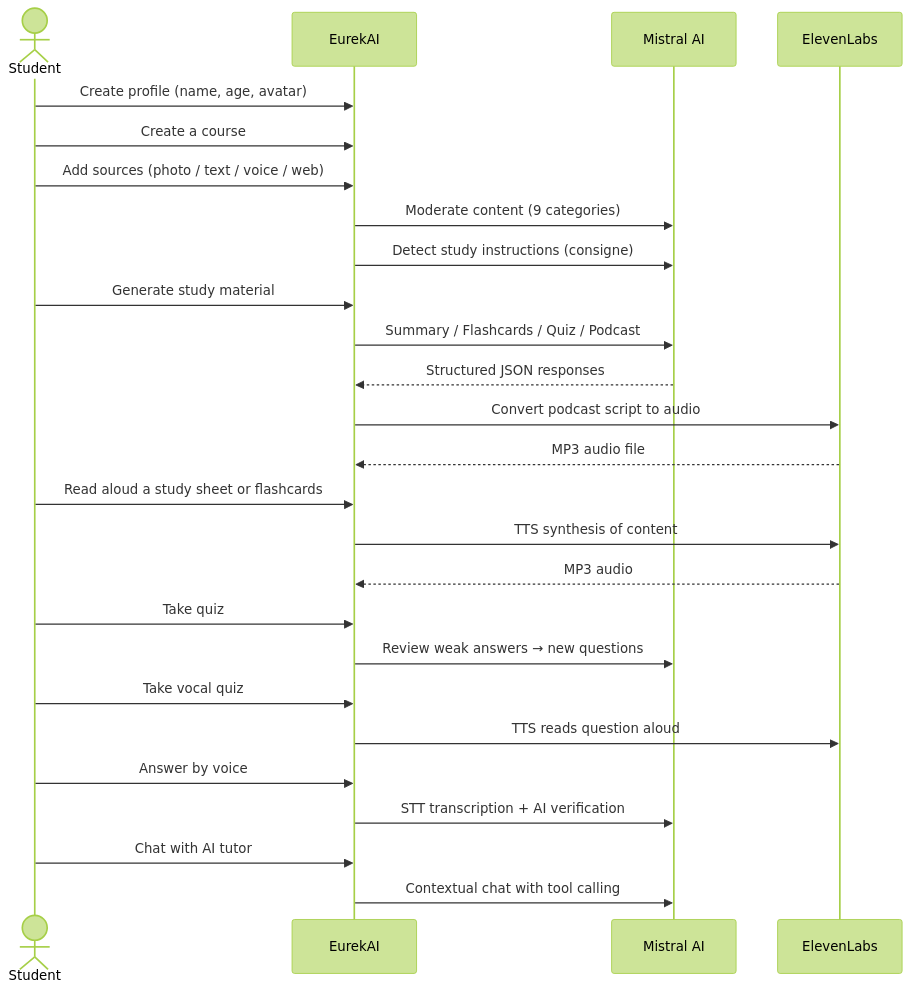
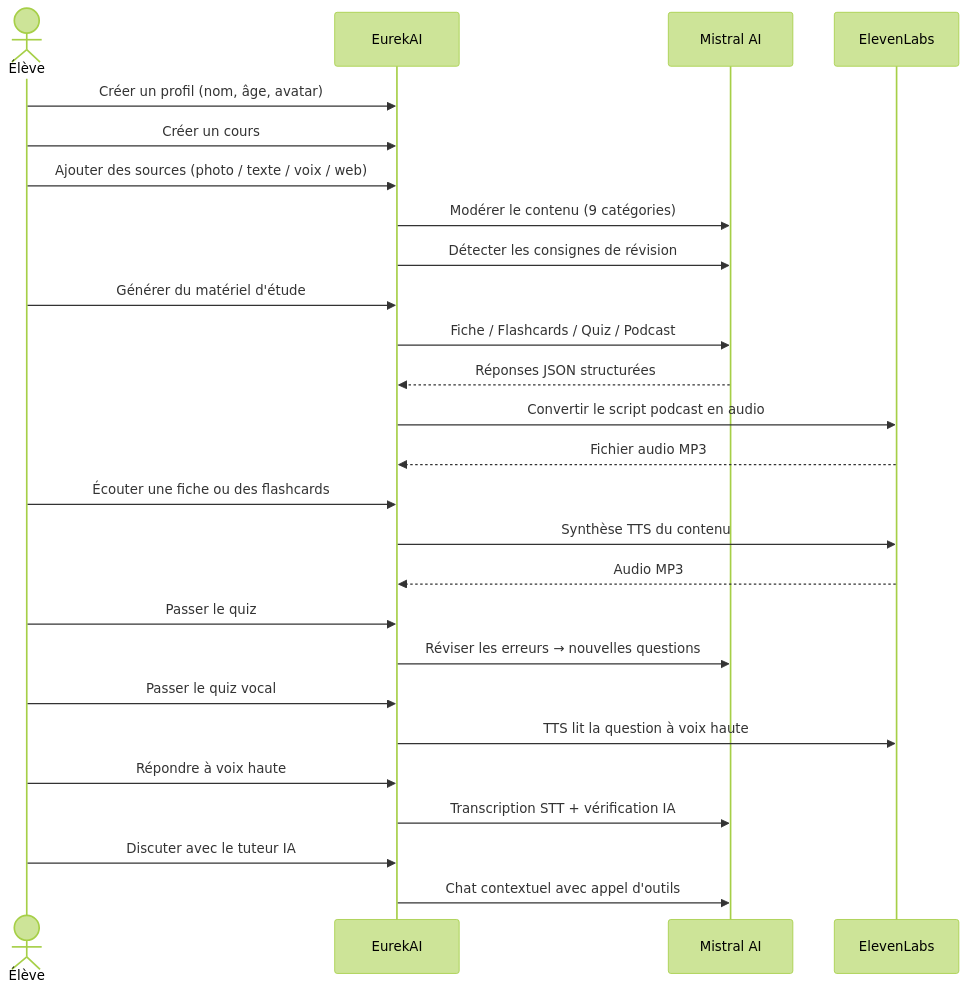
The third of 3 diagrams in README.md (jls42/EurekAI), drawn with Mermaid (forest theme) before and after one commit. The commit also changed other lines of this file and 15 other files, not shown here.

````diff
--- a/README.md
+++ b/README.md
@@ -135,29 +135,29 @@
 ```mermaid
 sequenceDiagram
-    actor Student
+    actor Élève as Élève
     participant App as EurekAI
     participant AI as Mistral AI
     participant TTS as ElevenLabs
 
-    Student->>App: Create profile (name, age, avatar)
-    Student->>App: Create a course
-    Student->>App: Add sources (photo / text / voice / web)
-    App->>AI: Moderate content (9 categories)
-    App->>AI: Detect study instructions (consigne)
-    Student->>App: Generate study material
-    App->>AI: Summary / Flashcards / Quiz / Podcast
-    AI-->>App: Structured JSON responses
-    App->>TTS: Convert podcast script to audio
-    TTS-->>App: MP3 audio file
-    Student->>App: Read aloud a study sheet or flashcards
-    App->>TTS: TTS synthesis of content
-    TTS-->>App: MP3 audio
-    Student->>App: Take quiz
-    App->>AI: Review weak answers → new questions
-    Student->>App: Take vocal quiz
-    App->>TTS: TTS reads question aloud
-    Student->>App: Answer by voice
-    App->>AI: STT transcription + AI verification
-    Student->>App: Chat with AI tutor
-    App->>AI: Contextual chat with tool calling
+    Élève->>App: Créer un profil (nom, âge, avatar)
+    Élève->>App: Créer un cours
+    Élève->>App: Ajouter des sources (photo / texte / voix / web)
+    App->>AI: Modérer le contenu (9 catégories)
+    App->>AI: Détecter les consignes de révision
+    Élève->>App: Générer du matériel d'étude
+    App->>AI: Fiche / Flashcards / Quiz / Podcast
+    AI-->>App: Réponses JSON structurées
+    App->>TTS: Convertir le script podcast en audio
+    TTS-->>App: Fichier audio MP3
+    Élève->>App: Écouter une fiche ou des flashcards
+    App->>TTS: Synthèse TTS du contenu
+    TTS-->>App: Audio MP3
+    Élève->>App: Passer le quiz
+    App->>AI: Réviser les erreurs → nouvelles questions
+    Élève->>App: Passer le quiz vocal
+    App->>TTS: TTS lit la question à voix haute
+    Élève->>App: Répondre à voix haute
+    App->>AI: Transcription STT + vérification IA
+    Élève->>App: Discuter avec le tuteur IA
+    App->>AI: Chat contextuel avec appel d'outils
 ```
````
